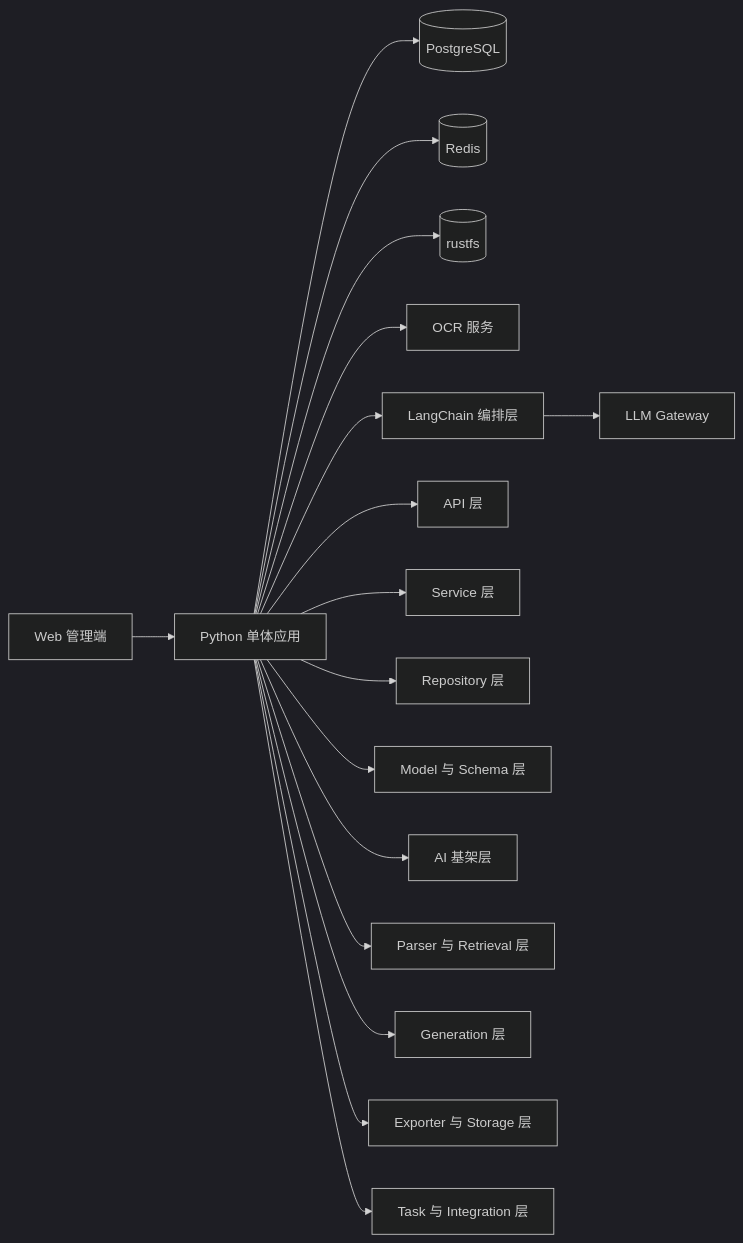
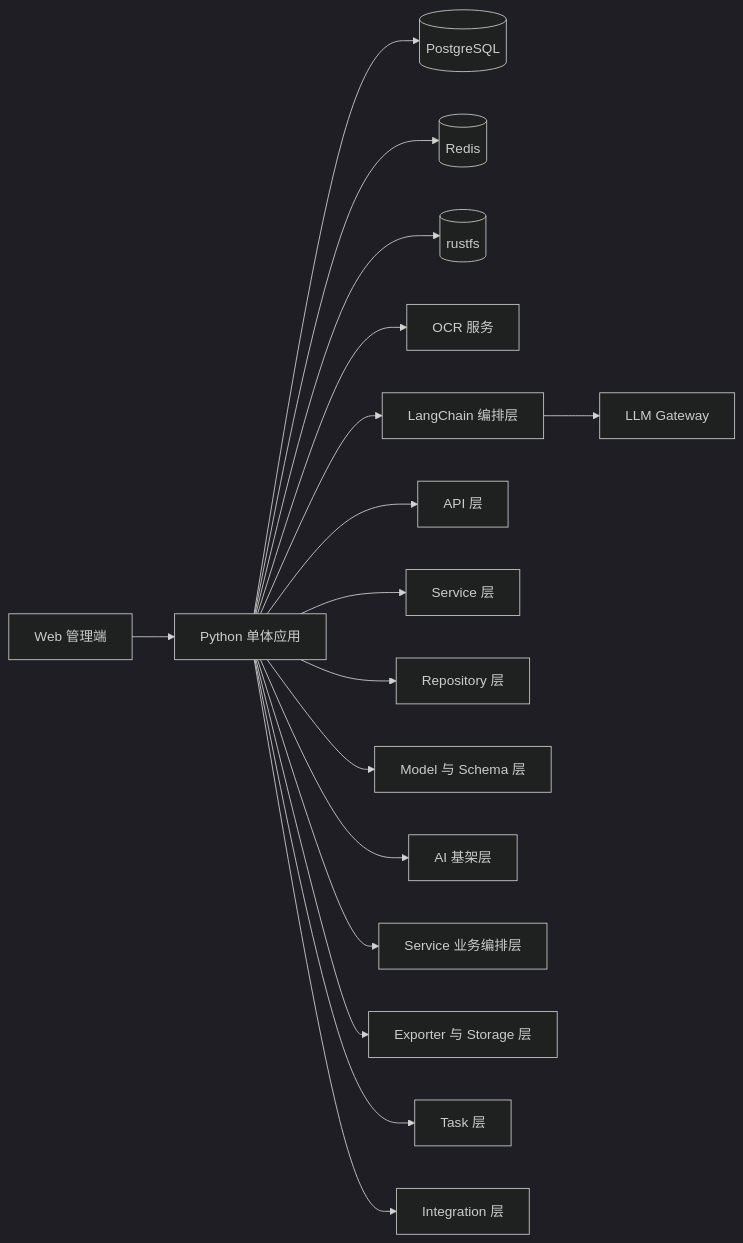
One commit to HUAdisheng/tender-ai changed the first of 4 diagrams in docs/tech/tender-agent-global-tech-design.md. Above: the diagram before and after it, drawn with Mermaid (dark theme). The commit also changed other lines of this file and 13 other files, not shown here.

````diff
--- a/docs/tech/tender-agent-global-tech-design.md
+++ b/docs/tech/tender-agent-global-tech-design.md
@@ -122,21 +122,21 @@
 ```mermaid
 flowchart LR
     U[Web 管理端] --> APP[Python 单体应用]
 
     APP --> PG[(PostgreSQL)]
     APP --> REDIS[(Redis)]
     APP --> RUSTFS[(rustfs)]
     APP --> OCR[OCR 服务]
     APP --> AI[LangChain 编排层]
     AI --> LLM[LLM Gateway]
 
     APP --> MOD1[API 层]
     APP --> MOD2[Service 层]
     APP --> MOD3[Repository 层]
     APP --> MOD4[Model 与 Schema 层]
     APP --> MOD5[AI 基架层]
-    APP --> MOD6[Parser 与 Retrieval 层]
-    APP --> MOD7[Generation 层]
-    APP --> MOD8[Exporter 与 Storage 层]
-    APP --> MOD9[Task 与 Integration 层]
+    APP --> MOD6[Service 业务编排层]
+    APP --> MOD7[Exporter 与 Storage 层]
+    APP --> MOD8[Task 层]
+    APP --> MOD9[Integration 层]
 ```
````
